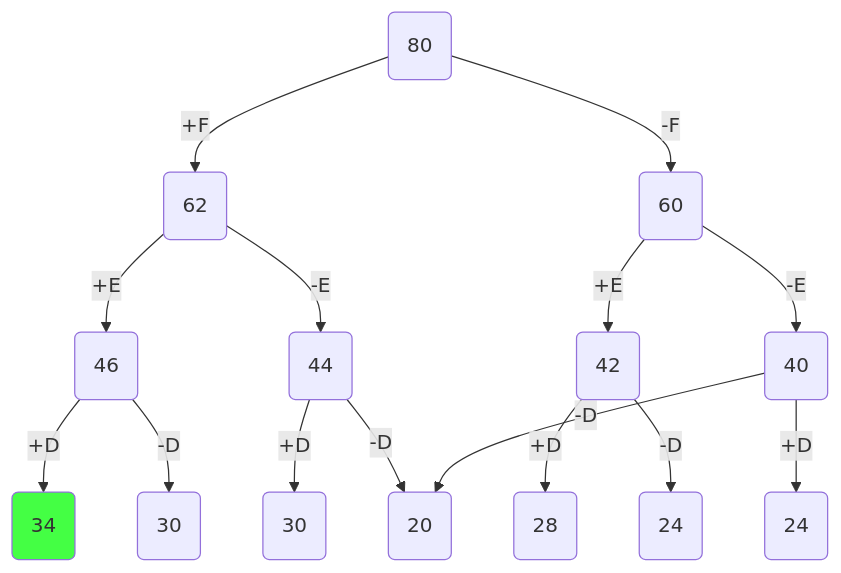
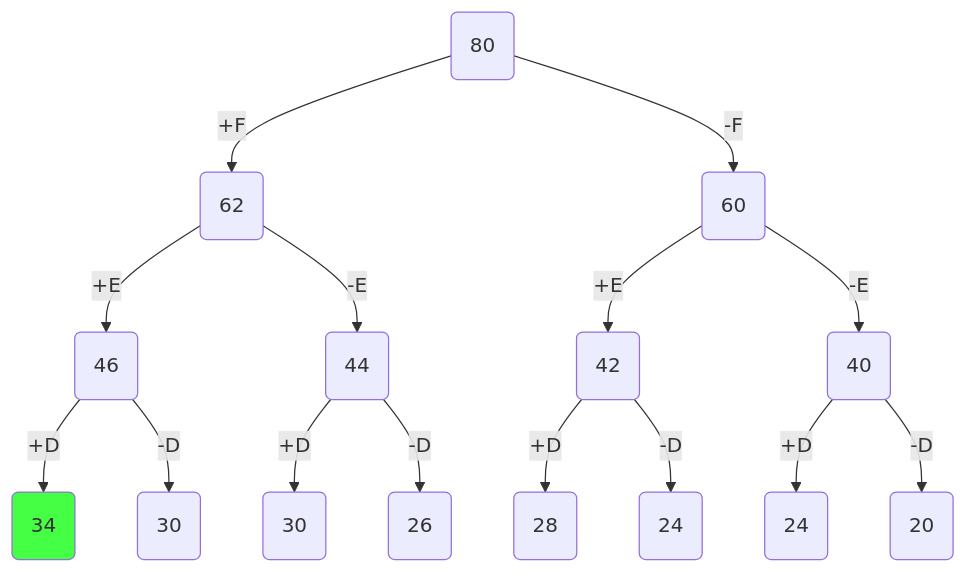
The seventh of 13 diagrams in devnull.md (lsadovickaa-commits/-), drawn with Mermaid before and after one commit. The commit also changed other lines of this file, not shown here.

````diff
--- a/devnull.md
+++ b/devnull.md
@@ -267,34 +267,34 @@
 ``` mermaid
 flowchart TD
 A(80)
 B(62)
 C(60)
 D(46)
 E(44)
 F(42)
 G(40)
 H(34)
 I(30)
 J(30)
 K(26)
 L(28)
 M(24)
 N(24)
-K(20)
+AK(20)
 A -- +F--> B
 A -- -F--> C
 B -- +E--> D
 B -- -E--> E
 C -- +E--> F
 C -- -E--> G
 D -- +D--> H
 D -- -D--> I
 E -- +D--> J
 E -- -D--> K
 F -- +D--> L
 F -- -D--> M
 G -- +D--> N
-G -- -D--> K
+G -- -D--> AK
 
 style H fill:#4f4f
 ```
````
